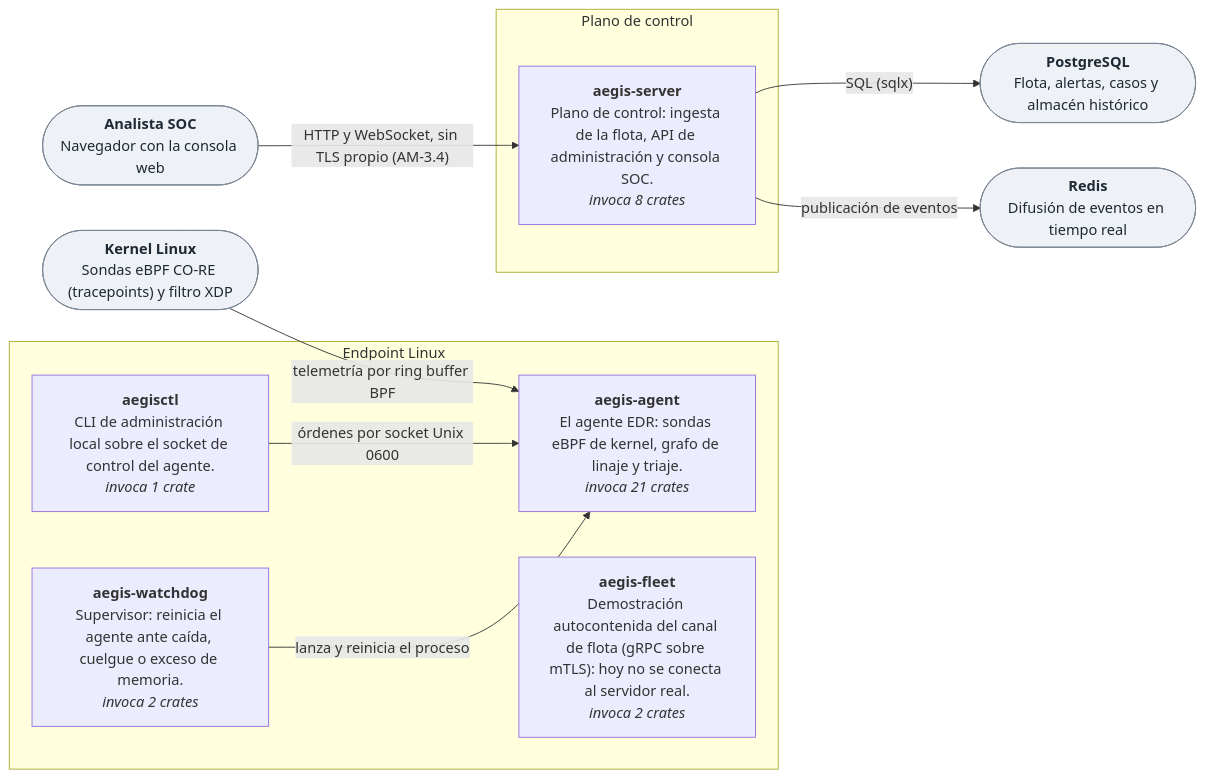
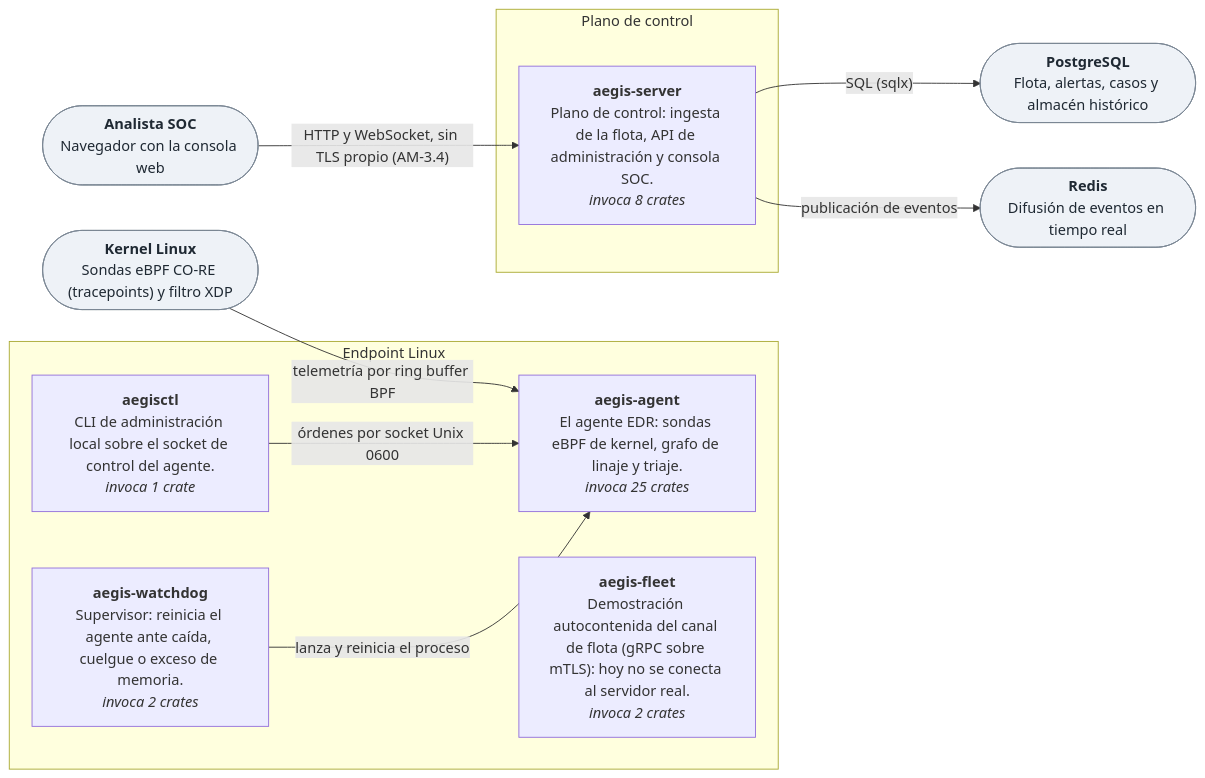
The diagram in README.md (arguar13/Antivirus-inteligente), drawn with Mermaid before and after one commit. The commit also changed other lines of this file and 15 other files, not shown here.

````diff
--- a/README.md
+++ b/README.md
@@ -108,23 +108,23 @@
 ```mermaid
 flowchart LR
     subgraph endpoint["Endpoint Linux"]
-        aegis_agent["<b>aegis-agent</b><br/>El agente EDR: sondas eBPF de kernel, grafo de linaje y triaje.<br/><i>invoca 21 crates</i>"]
+        aegis_agent["<b>aegis-agent</b><br/>El agente EDR: sondas eBPF de kernel, grafo de linaje y triaje.<br/><i>invoca 25 crates</i>"]
         aegisctl["<b>aegisctl</b><br/>CLI de administración local sobre el socket de control del agente.<br/><i>invoca 1 crate</i>"]
         aegis_watchdog["<b>aegis-watchdog</b><br/>Supervisor: reinicia el agente ante caída, cuelgue o exceso de memoria.<br/><i>invoca 2 crates</i>"]
         aegis_fleet["<b>aegis-fleet</b><br/>Demostración autocontenida del canal de flota (gRPC sobre mTLS): hoy no se conecta al servidor real.<br/><i>invoca 2 crates</i>"]
     end
     subgraph plano_de_control["Plano de control"]
         aegis_server["<b>aegis-server</b><br/>Plano de control: ingesta de la flota, API de administración y consola SOC.<br/><i>invoca 8 crates</i>"]
     end
     kernel(["<b>Kernel Linux</b><br/>Sondas eBPF CO-RE (tracepoints) y filtro XDP"]):::externo
     navegador(["<b>Analista SOC</b><br/>Navegador con la consola web"]):::externo
     postgres(["<b>PostgreSQL</b><br/>Flota, alertas, casos y almacén histórico"]):::externo
     redis(["<b>Redis</b><br/>Difusión de eventos en tiempo real"]):::externo
     kernel -->|"telemetría por ring buffer BPF"| aegis_agent
     aegisctl -->|"órdenes por socket Unix 0600"| aegis_agent
     aegis_watchdog -->|"lanza y reinicia el proceso"| aegis_agent
     navegador -->|"HTTP y WebSocket, sin TLS propio (AM-3.4)"| aegis_server
     aegis_server -->|"SQL (sqlx)"| postgres
     aegis_server -->|"publicación de eventos"| redis
     classDef externo fill:#eef2f7,stroke:#7b8794,color:#1f2933
 ```
````
